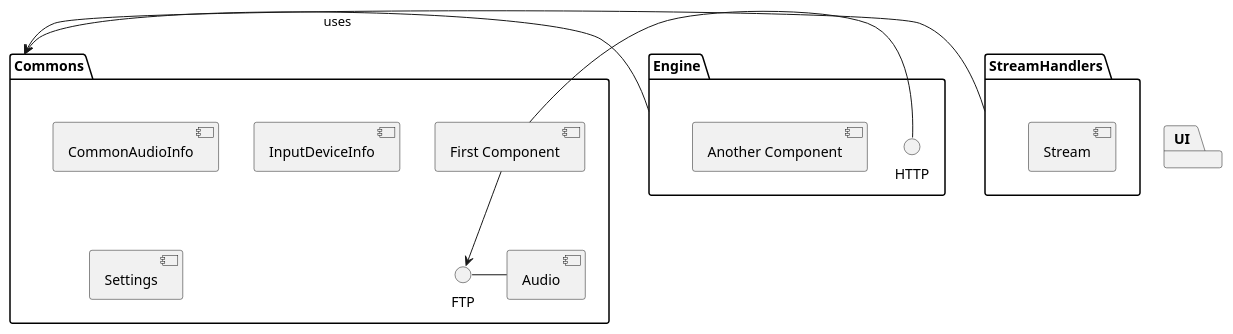
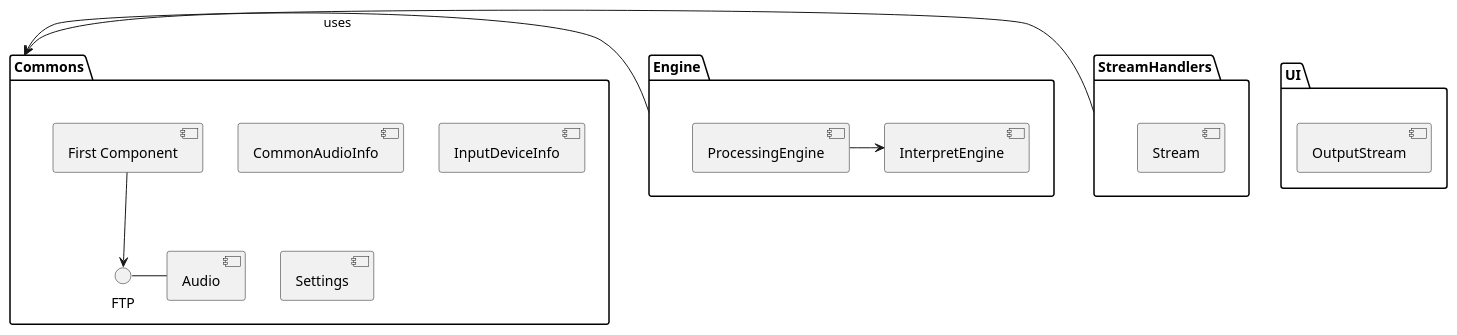
The diagram in docs/ApplicationModulesAndDependencies.puml (maciejj04/Apollo), drawn with PlantUML before and after one commit. The commit also changed 9 other files, not shown here.

```diff
--- a/docs/ApplicationModulesAndDependencies.puml
+++ b/docs/ApplicationModulesAndDependencies.puml
@@ -1,27 +1,27 @@
 @startuml
 
 package "Commons" {
 FTP - [Audio]
 [CommonAudioInfo]
 [InputDeviceInfo]
 [Settings]
 [First Component] --> FTP
 }
 
 package "Engine" {
-HTTP - [First Component]
-[Another Component]
+[ProcessingEngine]->[InterpretEngine]
 }
 
 
 package "StreamHandlers" {
     [Stream]
 }
 
 package "UI" {
     [Stream]
+    [OutputStream]
 }
 
 Engine -> Commons : uses
 StreamHandlers -> Commons
 @enduml
```
